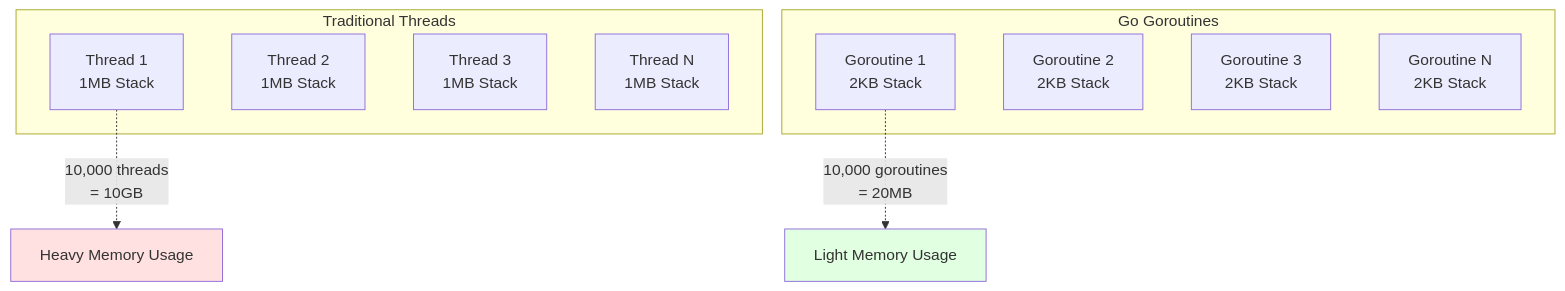
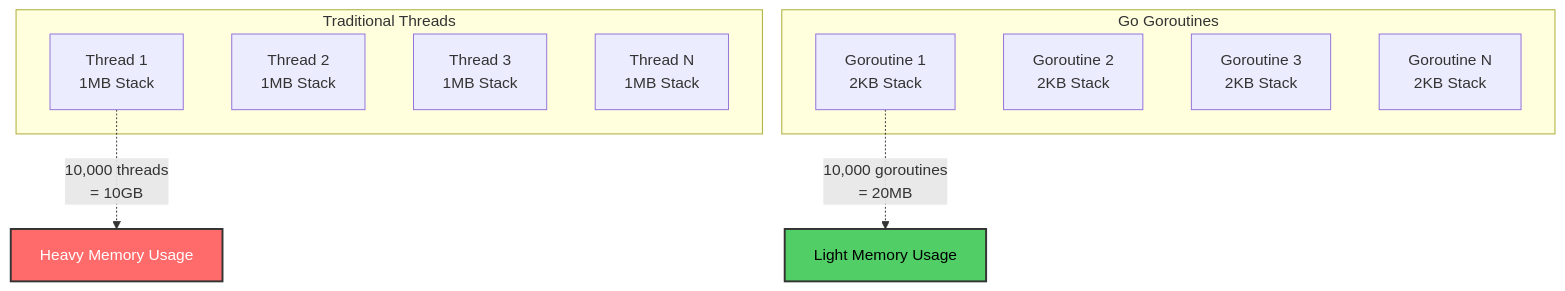
One commit to elewashy/Tanta-University changed the first of 2 diagrams in Level_3/Semester_1/Distributed_Systems/Project/System_Architecture_in_Distributed_Systems/docs/WHY_GO.md. Above: the diagram before and after it, drawn with Mermaid. The commit also changed other lines of this file and 4 other files, not shown here.

````diff
--- a/Level_3/Semester_1/Distributed_Systems/Project/System_Architecture_in_Distributed_Systems/docs/WHY_GO.md
+++ b/Level_3/Semester_1/Distributed_Systems/Project/System_Architecture_in_Distributed_Systems/docs/WHY_GO.md
@@ -13,22 +13,22 @@
 ```mermaid
 graph TB
     subgraph "Traditional Threads"
         T1[Thread 1<br/>1MB Stack]
         T2[Thread 2<br/>1MB Stack]
         T3[Thread 3<br/>1MB Stack]
         T4[Thread N<br/>1MB Stack]
     end
     
     subgraph "Go Goroutines"
         G1[Goroutine 1<br/>2KB Stack]
         G2[Goroutine 2<br/>2KB Stack]
         G3[Goroutine 3<br/>2KB Stack]
         G4[Goroutine N<br/>2KB Stack]
     end
     
     T1 -.->|10,000 threads<br/>= 10GB| Heavy[Heavy Memory Usage]
     G1 -.->|10,000 goroutines<br/>= 20MB| Light[Light Memory Usage]
     
-    style Heavy fill:#ffe1e1
-    style Light fill:#e1ffe1
+    style Heavy fill:#ff6b6b,stroke:#333,stroke-width:2px,color:#fff
+    style Light fill:#51cf66,stroke:#333,stroke-width:2px,color:#000
 ```
````
